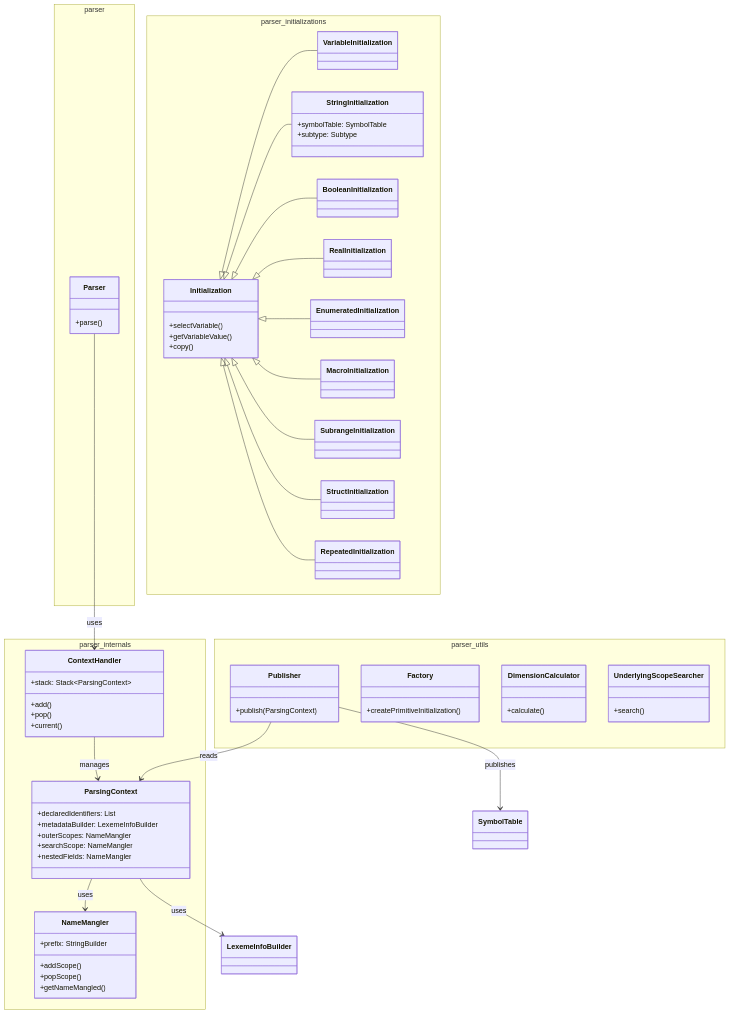
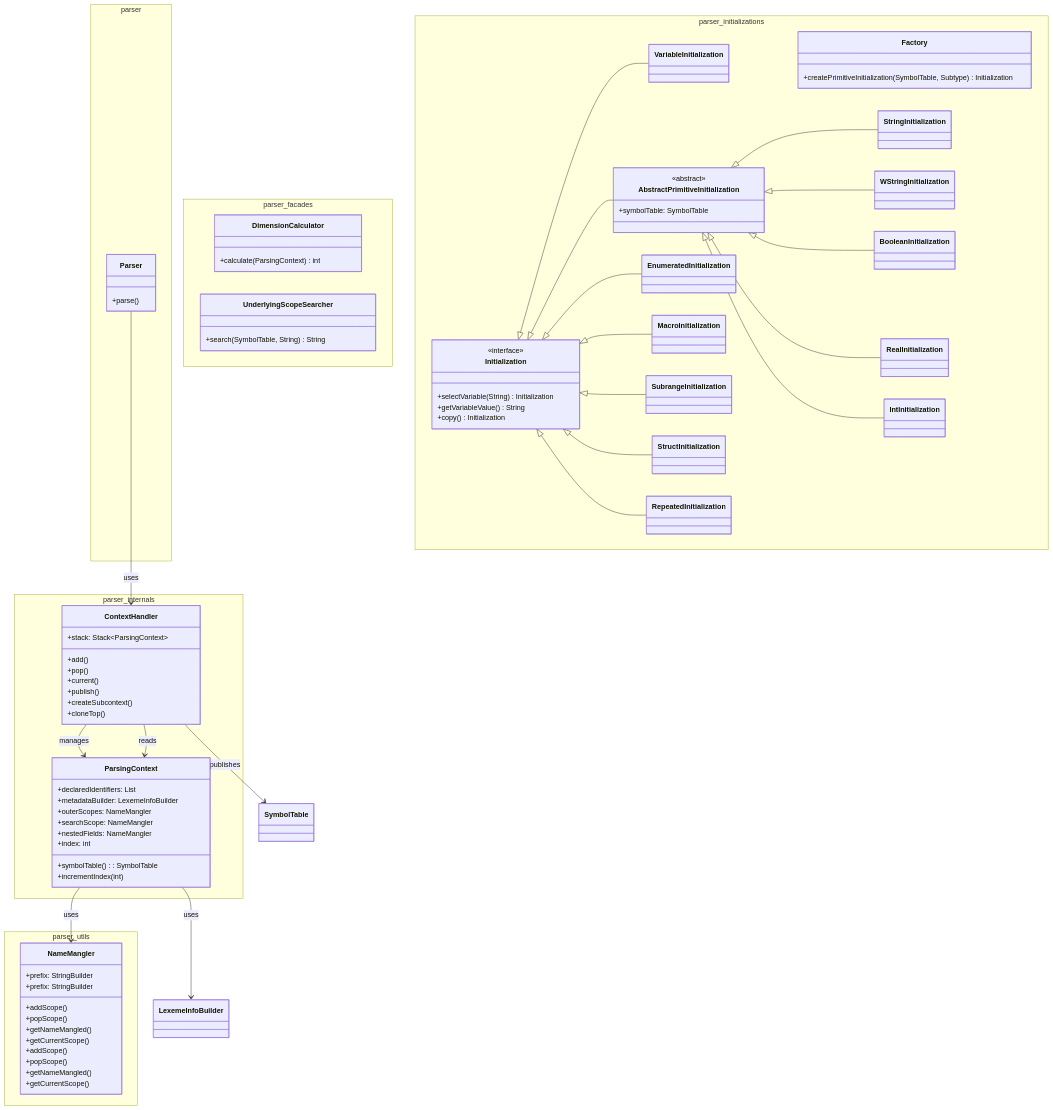
One commit to PascalUser/FLC-IEC61131-7 changed the second of 6 diagrams in doc/modules/parser.md. Above: the diagram before and after it, drawn with Mermaid. The commit also changed other lines of this file and 24 other files, not shown here.

````diff
--- a/doc/modules/parser.md
+++ b/doc/modules/parser.md
@@ -34,6 +34,9 @@
             +add()
             +pop()
             +current()
+            +publish()
+            +createSubcontext()
+            +cloneTop()
         }
         class ParsingContext {
             +declaredIdentifiers: List
@@ -41,60 +44,77 @@
             +outerScopes: NameMangler
             +searchScope: NameMangler
             +nestedFields: NameMangler
+            +index: int
+            +symbolTable(): SymbolTable
+            +incrementIndex(int)
         }
         class NameMangler {
             +prefix: StringBuilder
             +addScope()
             +popScope()
             +getNameMangled()
+            +getCurrentScope()
         }
     }
     namespace parser_utils {
-        class Publisher {
-            +publish(ParsingContext)
+        class NameMangler {
+            +prefix: StringBuilder
+            +addScope()
+            +popScope()
+            +getNameMangled()
+            +getCurrentScope()
         }
-        class Factory {
-            +createPrimitiveInitialization()
-        }
+    }
+    namespace parser_facades {
         class DimensionCalculator {
-            +calculate()
+            +calculate(ParsingContext) int
         }
         class UnderlyingScopeSearcher {
-            +search()
+            +search(SymbolTable, String) String
         }
     }
     namespace parser_initializations {
+        class Factory {
+            +createPrimitiveInitialization(SymbolTable, Subtype) Initialization
+        }
         class Initialization {
-            +selectVariable()
-            +getVariableValue()
-            +copy()
+            <<interface>>
+            +selectVariable(String) Initialization
+            +getVariableValue() String
+            +copy() Initialization
         }
         class VariableInitialization
-        class StringInitialization {
-            +symbolTable: SymbolTable
-            +subtype: Subtype
-        }
-        class BooleanInitialization
-        class RealInitialization
         class EnumeratedInitialization
         class MacroInitialization
         class SubrangeInitialization
         class StructInitialization
         class RepeatedInitialization
+        class AbstractPrimitiveInitialization {
+            <<abstract>>
+            +symbolTable: SymbolTable
+        }
+        class StringInitialization
+        class WStringInitialization
+        class BooleanInitialization
+        class RealInitialization
+        class IntInitialization
     }
     Initialization <|-- VariableInitialization
-    Initialization <|-- StringInitialization
-    Initialization <|-- BooleanInitialization
-    Initialization <|-- RealInitialization
+    Initialization <|-- AbstractPrimitiveInitialization
     Initialization <|-- EnumeratedInitialization
     Initialization <|-- MacroInitialization
     Initialization <|-- SubrangeInitialization
     Initialization <|-- StructInitialization
     Initialization <|-- RepeatedInitialization
+    AbstractPrimitiveInitialization <|-- StringInitialization
+    AbstractPrimitiveInitialization <|-- WStringInitialization
+    AbstractPrimitiveInitialization <|-- BooleanInitialization
+    AbstractPrimitiveInitialization <|-- RealInitialization
+    AbstractPrimitiveInitialization <|-- IntInitialization
     Parser --> ContextHandler : uses
     ContextHandler --> ParsingContext : manages
     ParsingContext --> NameMangler : uses
     ParsingContext --> LexemeInfoBuilder : uses
-    Publisher --> SymbolTable : publishes
-    Publisher --> ParsingContext : reads
+    ContextHandler --> SymbolTable : publishes
+    ContextHandler --> ParsingContext : reads
 ```
````
